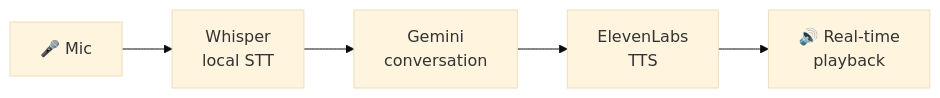
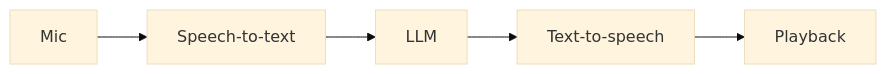
One commit to DamnKuldeep/DamnKuldeep changed the diagram in README.md. Above: the diagram before and after it, drawn with Mermaid (base theme). The commit also changed other lines of this file, not shown here.

````diff
--- a/README.md
+++ b/README.md
@@ -111,7 +70,7 @@
 ```mermaid
 flowchart LR
-    A[🎤 Mic] --> B[Whisper<br/>local STT]
-    B --> C[Gemini<br/>conversation]
-    C --> D[ElevenLabs<br/>TTS]
-    D --> E[🔊 Real-time<br/>playback]
+    A[Mic] --> B[Speech-to-text]
+    B --> C[LLM]
+    C --> D[Text-to-speech]
+    D --> E[Playback]
 ```
````
